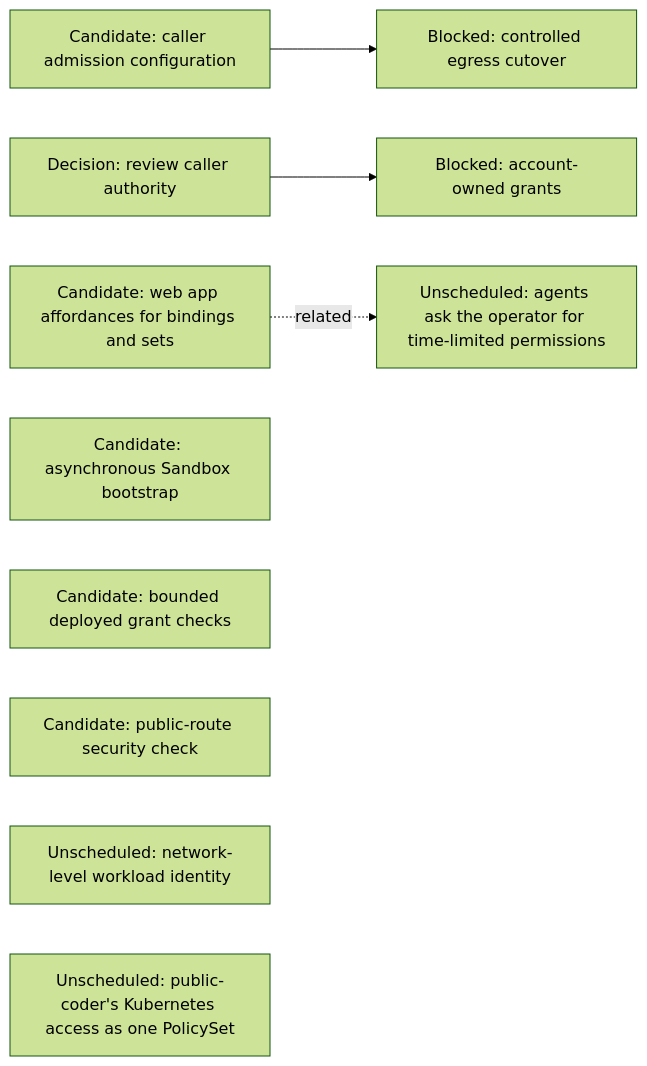
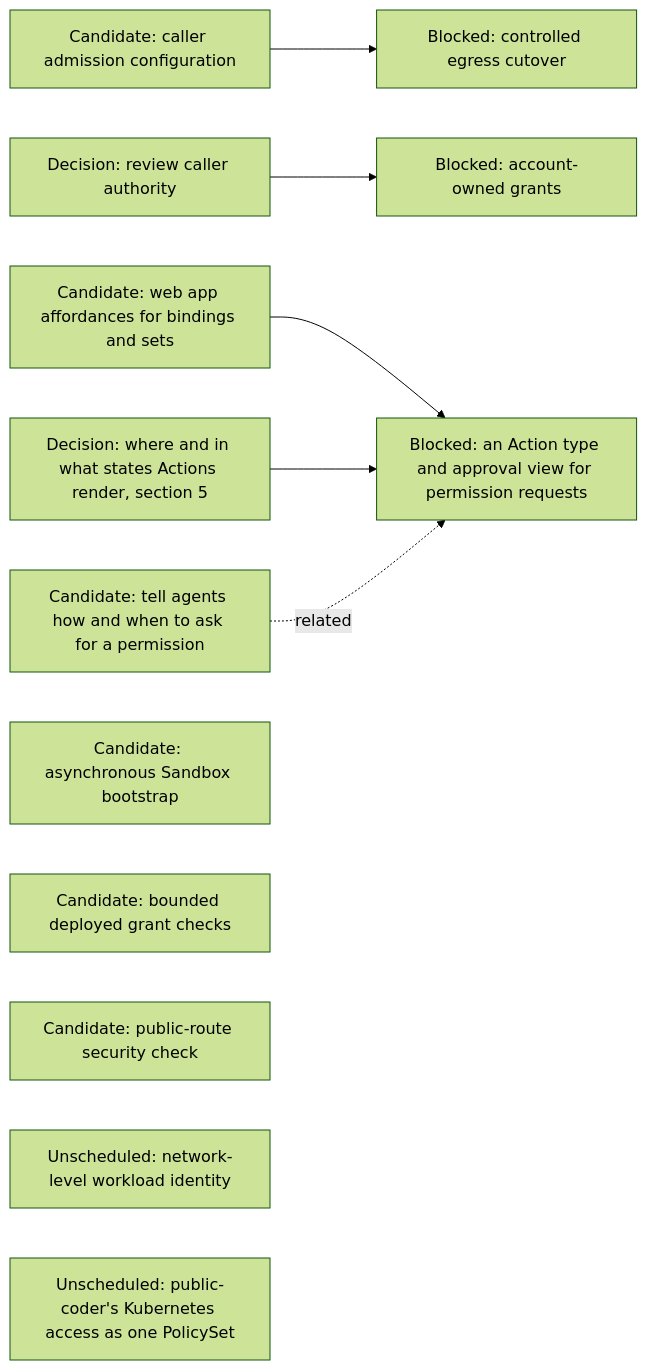
Before and after one commit to agentydragon/ducktape: the eighth of 15 diagrams in agentplane/plans/task_dag.md, drawn with Mermaid (forest theme). The commit also changed other lines of this file, not shown here.

First line of the commit message:
agentplane: split AGENT_PERMISSION_REQUESTS and link the shared delivery and card concerns in the task DAG

````diff
--- a/agentplane/plans/task_dag.md
+++ b/agentplane/plans/task_dag.md
@@ -540,13 +543,17 @@
 ```mermaid
 flowchart LR
     PC_EGRESS_CREDENTIALS[Candidate: caller admission configuration] --> PC_EGRESS[Blocked: controlled egress cutover]
     CLAUDE_AI_SA[Decision: review caller authority] --> MANAGED_SA_RBAC[Blocked: account-owned grants]
     POLICY_RUNTIME_GRANTS[Candidate: web app affordances for bindings and sets]
-    AGENT_PERMISSION_REQUESTS[Unscheduled: agents ask the operator for time-limited permissions]
-    POLICY_RUNTIME_GRANTS -. related .-> AGENT_PERMISSION_REQUESTS
+    AGENT_PERMISSION_INSTRUCTIONS[Candidate: tell agents how and when to ask for a permission]
+    AGENT_PERMISSION_REQUESTS[Blocked: an Action type and approval view for permission requests]
+    ACTION_SURFACES_DESIGN[Decision: where and in what states Actions render, section 5]
+    POLICY_RUNTIME_GRANTS --> AGENT_PERMISSION_REQUESTS
+    ACTION_SURFACES_DESIGN --> AGENT_PERMISSION_REQUESTS
+    AGENT_PERMISSION_INSTRUCTIONS -. related .-> AGENT_PERMISSION_REQUESTS
     BOOTSTRAP_PROGRESS_CONTRACT[Candidate: asynchronous Sandbox bootstrap]
     SANDBOX_RBAC[Candidate: bounded deployed grant checks]
     NOTIFICATION_INGRESS_BOUNDARY[Candidate: public-route security check]
     NETWORK_WORKLOAD_IDENTITY[Unscheduled: network-level workload identity]
     PC_KUBERNETES_POLICY_SET[Unscheduled: public-coder's Kubernetes access as one PolicySet]
 ```
````
